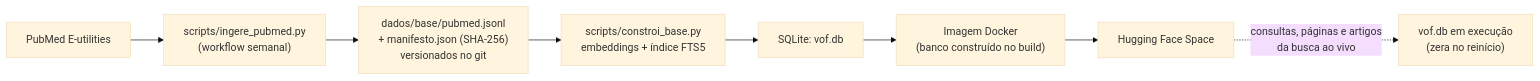
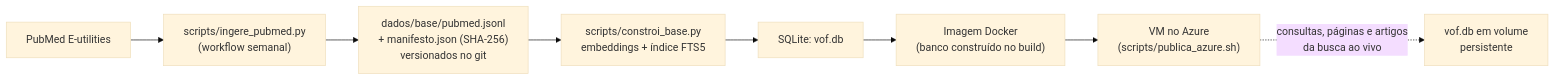
Before and after one commit to unb-Sistemas-de-Machine-learning/challenge_1_megatron: the second of 2 diagrams in docs/arquitetura.md, drawn with Mermaid (base theme). The commit also changed other lines of this file and 17 other files, not shown here.

First line of the commit message:
feat: deploy numa VM do Azure com HTTPS e banco persistente

````diff
--- a/docs/arquitetura.md
+++ b/docs/arquitetura.md
@@ -45,10 +45,10 @@
 ```mermaid
 flowchart LR
     P["PubMed E-utilities"] --> I["scripts/ingere_pubmed.py<br/>(workflow semanal)"]
     I --> J["dados/base/pubmed.jsonl<br/>+ manifesto.json (SHA-256)<br/>versionados no git"]
     J --> K["scripts/constroi_base.py<br/>embeddings + índice FTS5"]
     K --> Q["SQLite: vof.db"]
     Q --> M["Imagem Docker<br/>(banco construído no build)"]
-    M --> H["Hugging Face Space"]
-    H -. "consultas, páginas e artigos<br/>da busca ao vivo" .-> Q2["vof.db em execução<br/>(zera no reinício)"]
+    M --> H["VM no Azure<br/>(scripts/publica_azure.sh)"]
+    H -. "consultas, páginas e artigos<br/>da busca ao vivo" .-> Q2["vof.db em volume<br/>persistente"]
 ```
````
